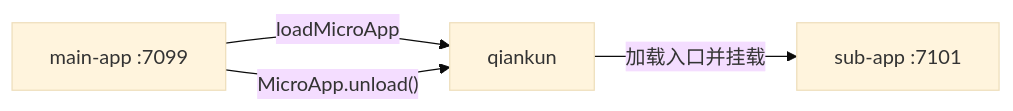
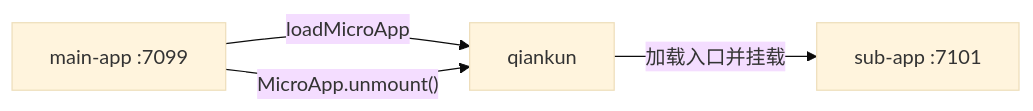
Before and after one commit to umijs/qiankun: the diagram in docs/zh-CN/tutorial/index.md, drawn with Mermaid (base theme). The commit also changed other lines of this file and 21 other files, not shown here.

First line of the commit message:
fix(qiankun): unload an app by name and keep idle reuse cancellable

````diff
--- a/docs/zh-CN/tutorial/index.md
+++ b/docs/zh-CN/tutorial/index.md
@@ -12,6 +12,6 @@
 ```mermaid
 flowchart LR
   A["main-app :7099"] -->|"loadMicroApp"| Q["qiankun"]
   Q -->|"加载入口并挂载"| B["sub-app :7101"]
-  A -->|"MicroApp.unload()"| Q
+  A -->|"MicroApp.unmount()"| Q
 ```
````
